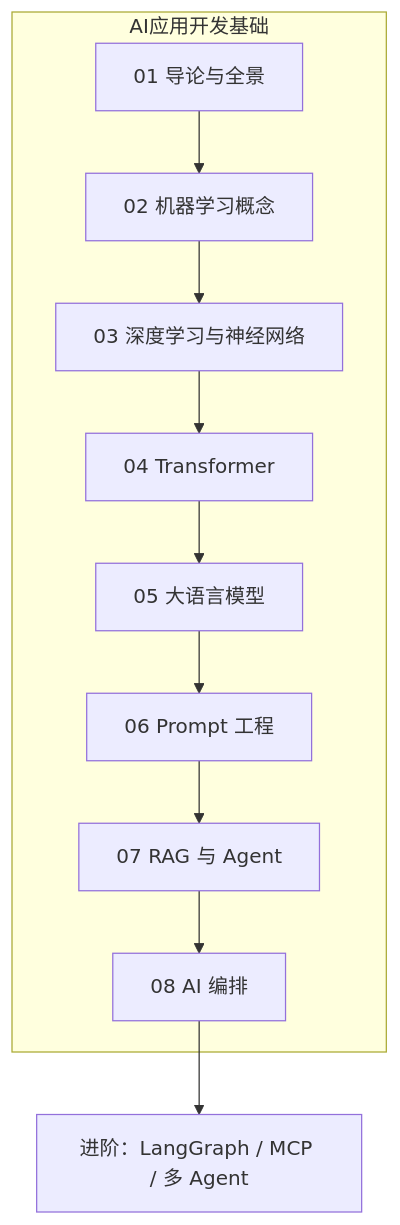
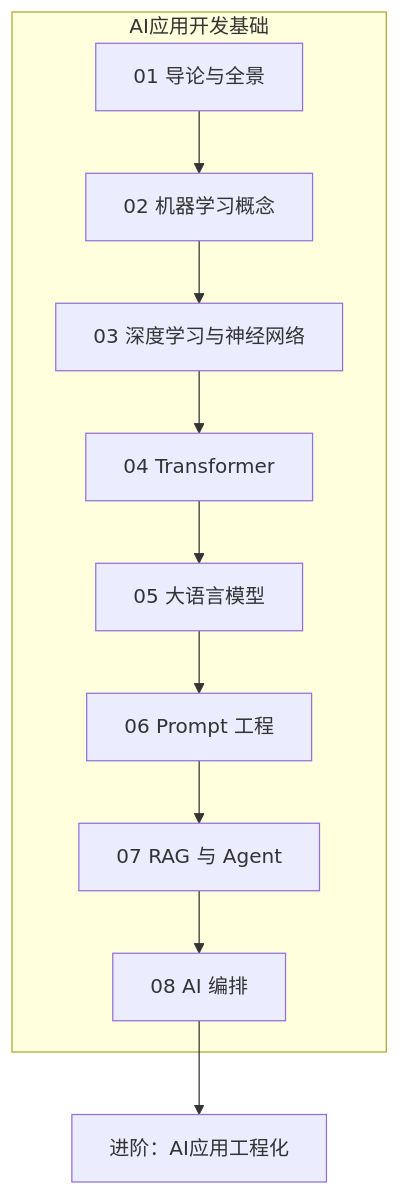
The second of 2 diagrams in docs/03.AI/01.AI应用开发基础/01.AI导论与学习路线.md (l552177239/my-note), drawn with Mermaid before and after one commit. The commit also changed other lines of this file and 6 other files, not shown here.

````diff
--- a/docs/03.AI/01.AI应用开发基础/01.AI导论与学习路线.md
+++ b/docs/03.AI/01.AI应用开发基础/01.AI导论与学习路线.md
@@ -104,13 +104,13 @@
 ```mermaid
 flowchart TB
   subgraph basic ["AI应用开发基础"]
     A["01 导论与全景"] --> B["02 机器学习概念"]
     B --> C["03 深度学习与神经网络"]
     C --> D["04 Transformer"]
     D --> E["05 大语言模型"]
     E --> F["06 Prompt 工程"]
     F --> G["07 RAG 与 Agent"]
     G --> H["08 AI 编排"]
   end
-  H --> I["进阶：LangGraph / MCP / 多 Agent"]
+  H --> I["进阶：AI应用工程化"]
 ```
````
